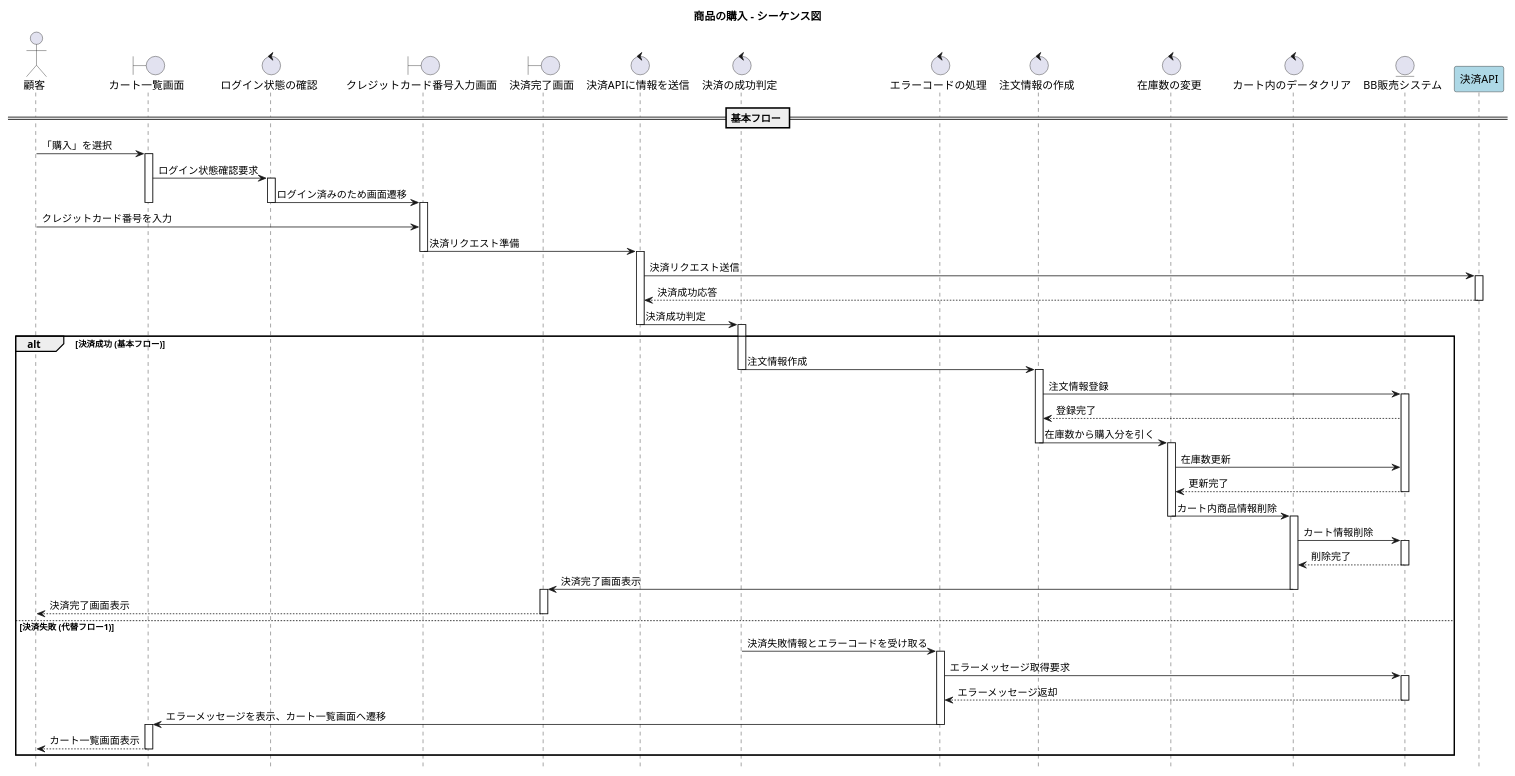
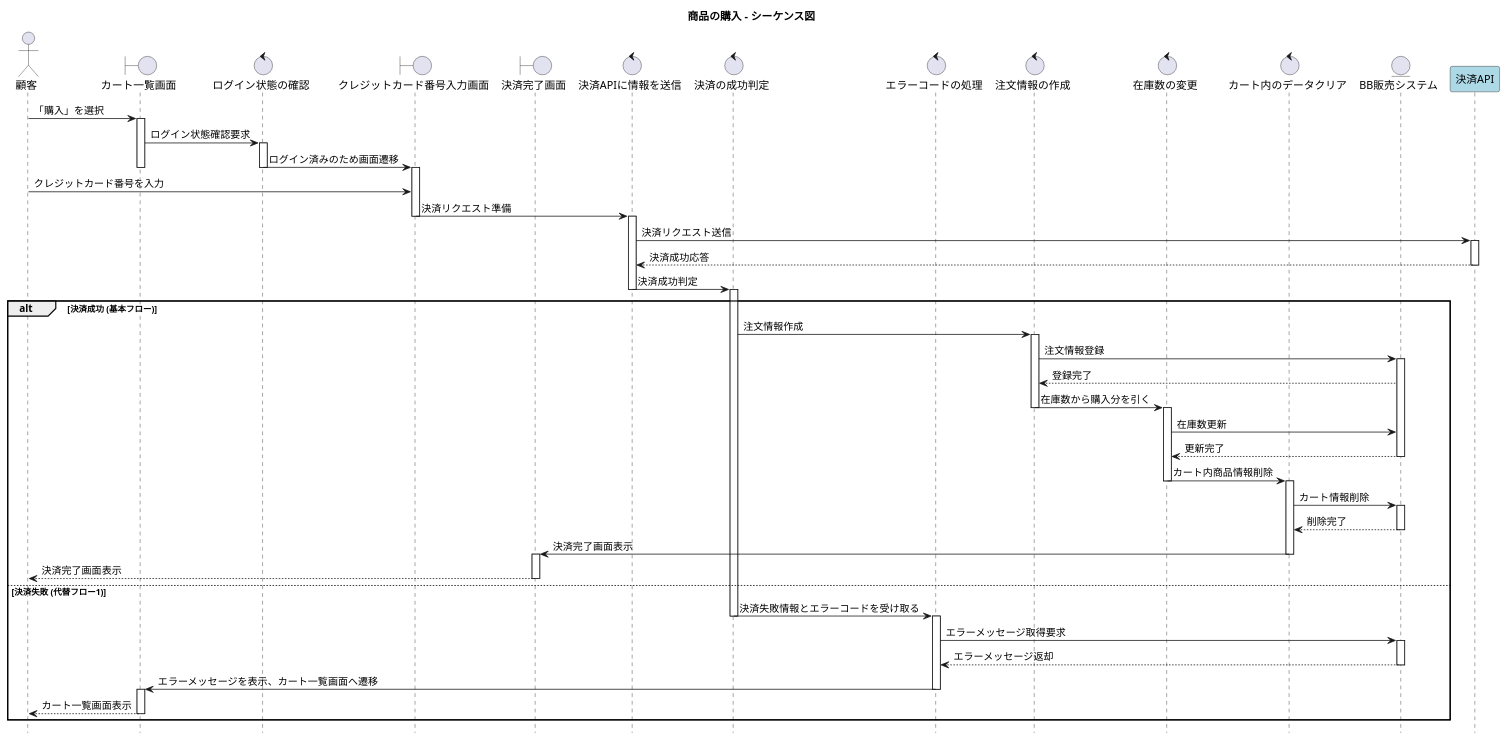
Before and after one commit to FujikawaHirono0520/group3_1_dogdog: the diagram in BB/sequence_purchase.pu, drawn with PlantUML.

Commit message:
購入　シーケンス

```diff
--- a/BB/sequence_purchase.pu
+++ b/BB/sequence_purchase.pu
@@ -1,91 +1,90 @@
 @startuml
 title 商品の購入 - シーケンス図
 
 hide footbox
 ' 参加者の定義 (順序変更: 顧客 -> カート一覧画面 -> ログイン状態確認...)
 actor 顧客
 boundary "カート一覧画面" as CartView
 control "ログイン状態の確認" as LoginCheck 
 boundary "クレジットカード番号入力画面" as CardInputView
 boundary "決済完了画面" as CompleteView
 control "決済APIに情報を送信" as PaymentSend
 control "決済の成功判定" as PaymentResult
 control "エラーコードの処理" as ErrorProcess
 control "注文情報の作成" as CreateOrder
 control "在庫数の変更" as ChangeStock
 control "カート内のデータクリア" as ClearCart
 entity "BB販売システム" as BBSystem
 participant "決済API" as ExternalAPI #LightBlue
 
-== 基本フロー ==
 顧客 -> CartView : 「購入」を選択
 activate CartView
 
 CartView -> LoginCheck : ログイン状態確認要求
 activate LoginCheck
 LoginCheck -> CardInputView : ログイン済みのため画面遷移
 deactivate LoginCheck
 deactivate CartView
 activate CardInputView
 
 顧客 -> CardInputView : クレジットカード番号を入力
 CardInputView -> PaymentSend : 決済リクエスト準備
 deactivate CardInputView
 activate PaymentSend
 
 PaymentSend -> ExternalAPI : 決済リクエスト送信
 activate ExternalAPI
 ExternalAPI --> PaymentSend : 決済成功応答
 deactivate ExternalAPI
 
 PaymentSend -> PaymentResult : 決済成功判定
 deactivate PaymentSend
 activate PaymentResult
 
 alt 決済成功 (基本フロー)
     PaymentResult -> CreateOrder : 注文情報作成
-    deactivate PaymentResult
     activate CreateOrder
     CreateOrder -> BBSystem : 注文情報登録
     activate BBSystem
     BBSystem --> CreateOrder : 登録完了
 
     CreateOrder -> ChangeStock : 在庫数から購入分を引く
     deactivate CreateOrder
     activate ChangeStock
     ChangeStock -> BBSystem : 在庫数更新
     BBSystem --> ChangeStock : 更新完了
     deactivate BBSystem
     
     ChangeStock -> ClearCart : カート内商品情報削除
     deactivate ChangeStock
     activate ClearCart
     ClearCart -> BBSystem : カート情報削除
     activate BBSystem
     BBSystem --> ClearCart : 削除完了
     deactivate BBSystem
     
     ClearCart -> CompleteView : 決済完了画面表示
     deactivate ClearCart
     activate CompleteView
     
     CompleteView --> 顧客 : 決済完了画面表示
     deactivate CompleteView
 
 else 決済失敗 (代替フロー1)
     PaymentResult -> ErrorProcess : 決済失敗情報とエラーコードを受け取る
+    deactivate PaymentResult
     activate ErrorProcess
     ErrorProcess -> BBSystem : エラーメッセージ取得要求
     activate BBSystem
     BBSystem --> ErrorProcess : エラーメッセージ返却
     deactivate BBSystem
 
     ErrorProcess -> CartView : エラーメッセージを表示、カート一覧画面へ遷移
     deactivate ErrorProcess
     activate CartView
     
     CartView --> 顧客 : カート一覧画面表示
     deactivate CartView
 end
 
 @enduml
```
